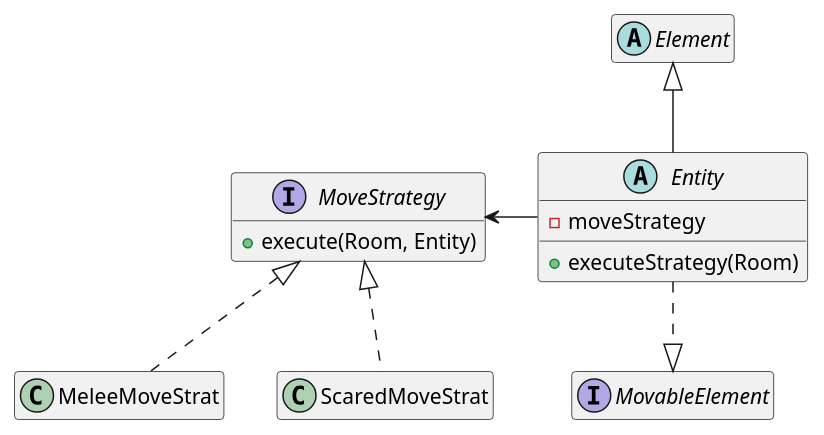
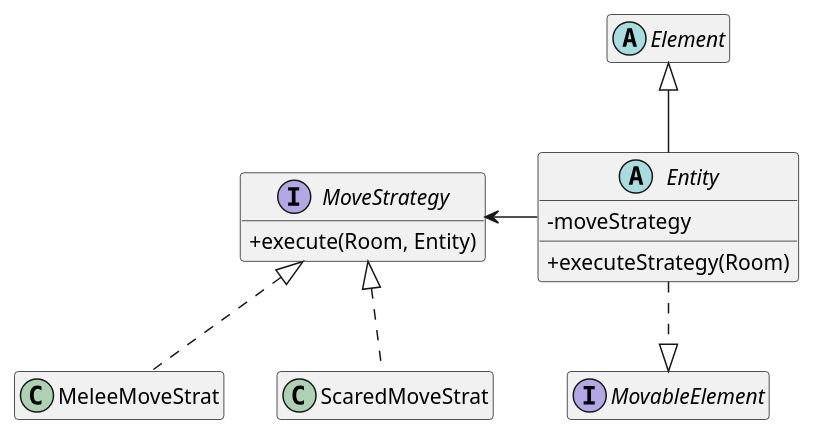
One commit to JoaoCostaIFG/LPOO changed the diagram in docs/uml/movement_strategy.puml. Above: the diagram before and after it, drawn with PlantUML. The commit also changed 9 other files, not shown here.

Commit message:
Created element hierarchy uml. Updated mvc uml.

```diff
--- a/docs/uml/movement_strategy.puml
+++ b/docs/uml/movement_strategy.puml
@@ -1,32 +1,33 @@
 @startuml
 
 hide empty members
+skinparam classAttributeIconSize 0
 
 interface MoveStrategy {
 + execute(Room, Entity)
 }
 
 interface MovableElement {
 
 }
 
 abstract class Element {
 
 }
 
 abstract class Entity {
 - moveStrategy
 + executeStrategy(Room)
 }
 
 class MeleeMoveStrat {}
 class ScaredMoveStrat {}
 
 Element ^-down- Entity
 MovableElement ^.up. Entity
 MoveStrategy <-right- Entity
 
 MoveStrategy ^.. MeleeMoveStrat
 MoveStrategy ^.. ScaredMoveStrat
 
 @enduml
```
